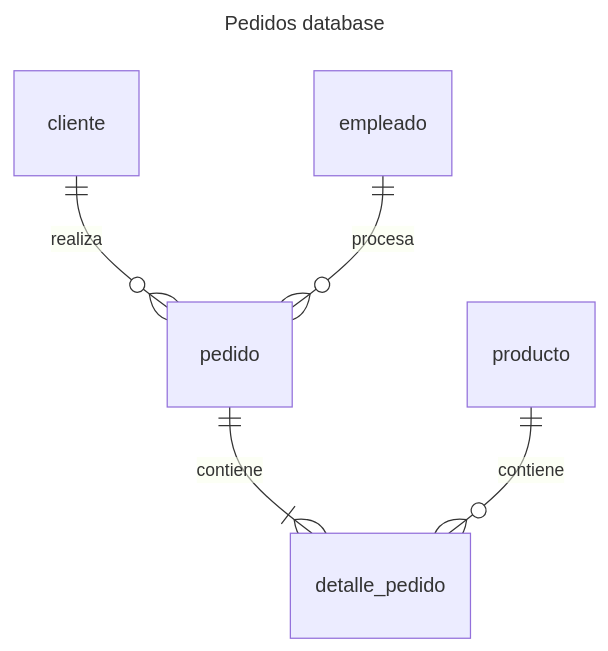
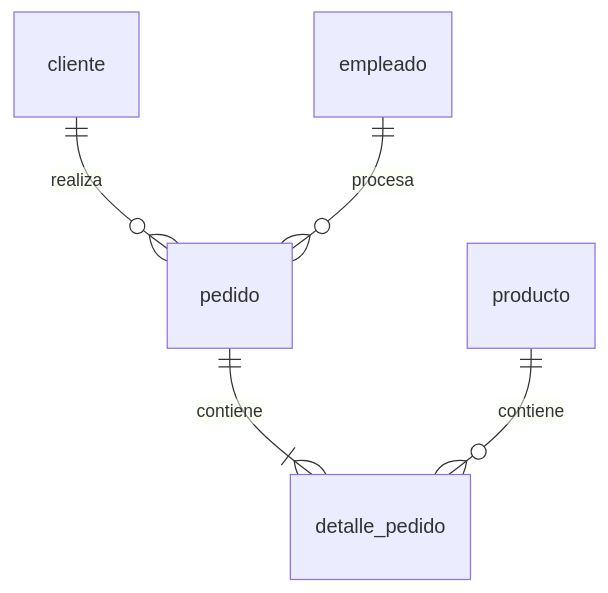
The first of 3 diagrams in README.md (CarlosSanabriaM/docker-sqlite), drawn with Mermaid before and after one commit. The commit also changed other lines of this file, not shown here.

Commit message:
docs: update README with detailed Entity relationship model diagram

````diff
--- a/README.md
+++ b/README.md
@@ -21,10 +23,7 @@
 ```mermaid
----
-title: Pedidos database
----
 erDiagram
     cliente ||--o{ pedido : realiza
     empleado ||--o{ pedido : procesa
     pedido ||--|{ detalle_pedido : contiene
     producto ||--o{ detalle_pedido : contiene
 ```
````
